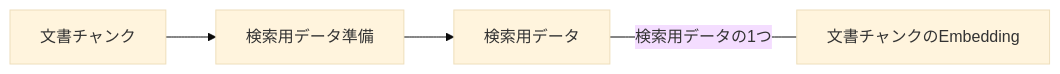
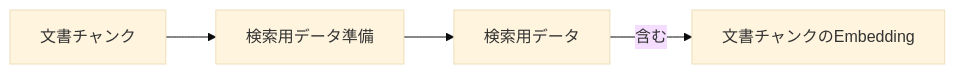
One commit to takashit16833/RAGScope changed the diagram in project-docs/design/domains/documents/検索用データ準備設計.md. Above: the diagram before and after it, drawn with Mermaid (base theme). The commit also changed other lines of this file and 4 other files, not shown here.

````diff
--- a/project-docs/design/domains/documents/検索用データ準備設計.md
+++ b/project-docs/design/domains/documents/検索用データ準備設計.md
@@ -10,10 +10,11 @@
 ```mermaid
 flowchart LR
     Chunk["文書チャンク"]
     Prepare["検索用データ準備"]
     SearchData["検索用データ"]
     Embedding["文書チャンクのEmbedding"]
 
-    Chunk --> Prepare --> SearchData
-    SearchData ---|"検索用データの1つ"| Embedding
+    Chunk --> Prepare
+    Prepare --> SearchData
+    SearchData -->|"含む"| Embedding
 ```
````
